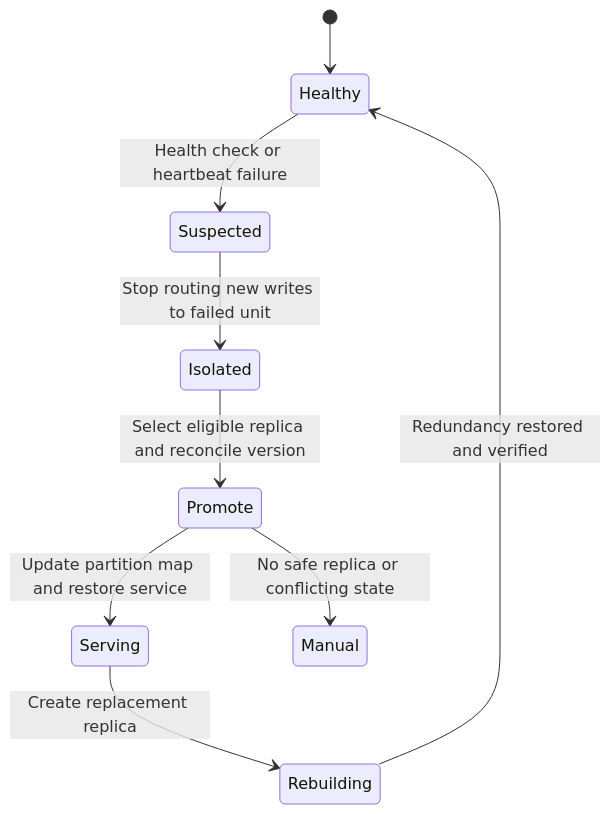
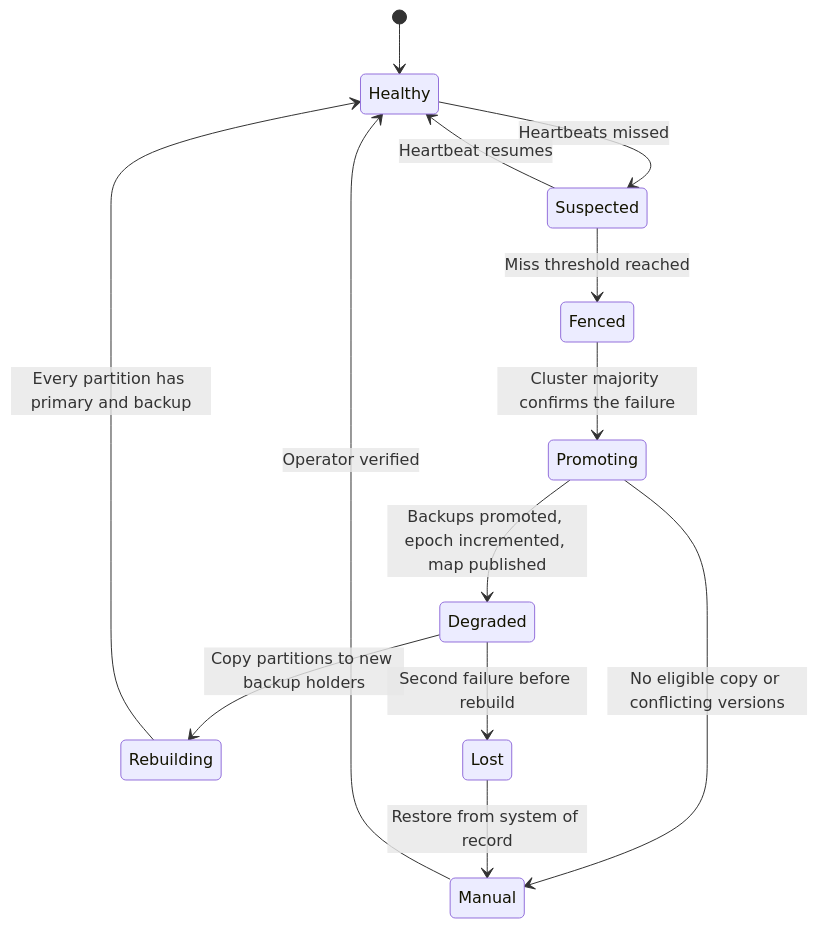
One commit to joydasss/Architect changed the ninth of 14 diagrams in 20_Architecture_Patterns/CH16_Space_Based_Architecture.md. Above: the diagram before and after it, drawn with Mermaid. The commit also changed other lines of this file and 295 other files, not shown here.

````diff
--- a/20_Architecture_Patterns/CH16_Space_Based_Architecture.md
+++ b/20_Architecture_Patterns/CH16_Space_Based_Architecture.md
@@ -75,11 +592,15 @@
 ```mermaid
 stateDiagram-v2
     [*] --> Healthy
-    Healthy --> Suspected: Health check or heartbeat failure
-    Suspected --> Isolated: Stop routing new writes to failed unit
-    Isolated --> Promote: Select eligible replica and reconcile version
-    Promote --> Serving: Update partition map and restore service
-    Serving --> Rebuilding: Create replacement replica
-    Rebuilding --> Healthy: Redundancy restored and verified
-    Promote --> Manual: No safe replica or conflicting state
+    Healthy --> Suspected: Heartbeats missed
+    Suspected --> Healthy: Heartbeat resumes
+    Suspected --> Fenced: Miss threshold reached
+    Fenced --> Promoting: Cluster majority confirms the failure
+    Promoting --> Degraded: Backups promoted, epoch incremented, map published
+    Degraded --> Rebuilding: Copy partitions to new backup holders
+    Rebuilding --> Healthy: Every partition has primary and backup
+    Promoting --> Manual: No eligible copy or conflicting versions
+    Degraded --> Lost: Second failure before rebuild
+    Lost --> Manual: Restore from system of record
+    Manual --> Healthy: Operator verified
 ```
````
